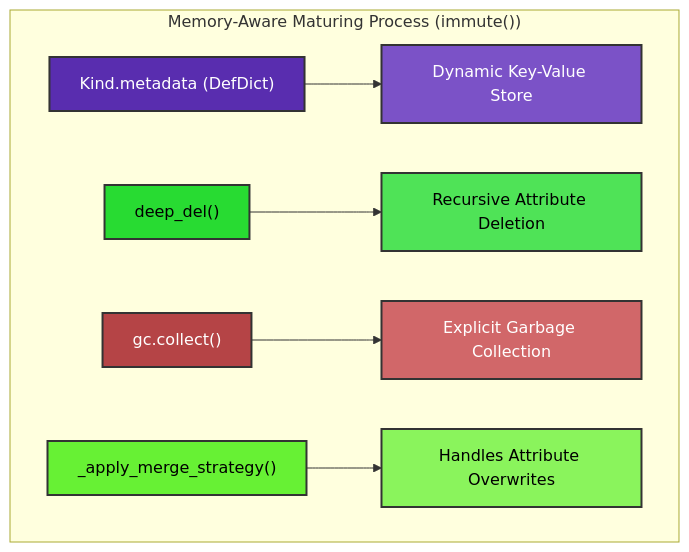
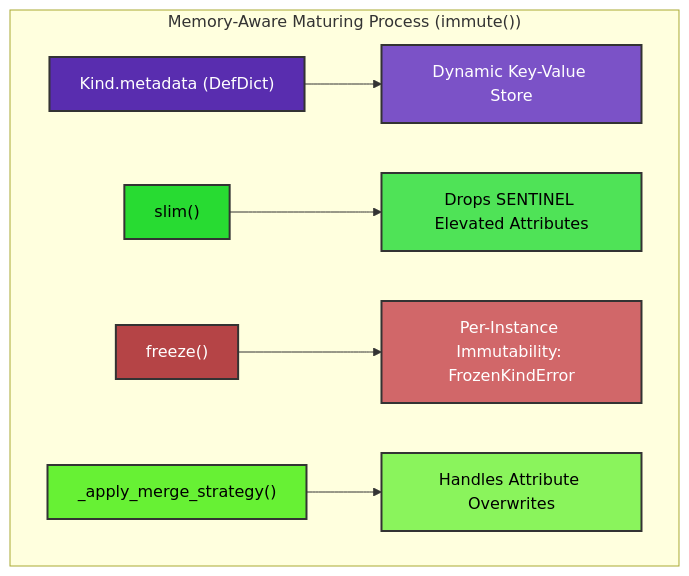
The diagram in docs/topics/6_memory_aware_maturing/maturing_process_2.mmd (ikko/kind), drawn with Mermaid before and after one commit. The commit also changed 62 other files, not shown here.

```diff
--- a/docs/topics/6_memory_aware_maturing/maturing_process_2.mmd
+++ b/docs/topics/6_memory_aware_maturing/maturing_process_2.mmd
@@ -1,19 +1,19 @@
 graph TD
     subgraph "Memory-Aware Maturing Process #40;immute#40;#41;#41;"
         H[Kind.metadata #40;DefDict#41;] --> I[Dynamic Key-Value Store];
-        J[deep_del#40;#41;] --> K[Recursive Attribute Deletion];
-        L[gc.collect#40;#41;] --> M[Explicit Garbage Collection];
+        J[slim#40;#41;] --> K[Drops SENTINEL Elevated Attributes];
+        L[freeze#40;#41;] --> M[Per-Instance Immutability: FrozenKindError];
         N[_apply_merge_strategy#40;#41;] --> O[Handles Attribute Overwrites];
     end
 
     %% Method nodes - left side
     style H fill:#592daf,stroke:#333,stroke-width:2px,color:#FFFFFF
     style J fill:#28db32,stroke:#333,stroke-width:2px,color:#000000
     style L fill:#b54446,stroke:#333,stroke-width:2px,color:#FFFFFF
     style N fill:#67f134,stroke:#333,stroke-width:2px,color:#000000
     
     %% Result nodes - right side (matching colors with their corresponding method)
     style I fill:#7b52c7,stroke:#333,stroke-width:2px,color:#FFFFFF
     style K fill:#4fe357,stroke:#333,stroke-width:2px,color:#000000
     style M fill:#d16769,stroke:#333,stroke-width:2px,color:#FFFFFF
     style O fill:#8af45c,stroke:#333,stroke-width:2px,color:#000000
```
